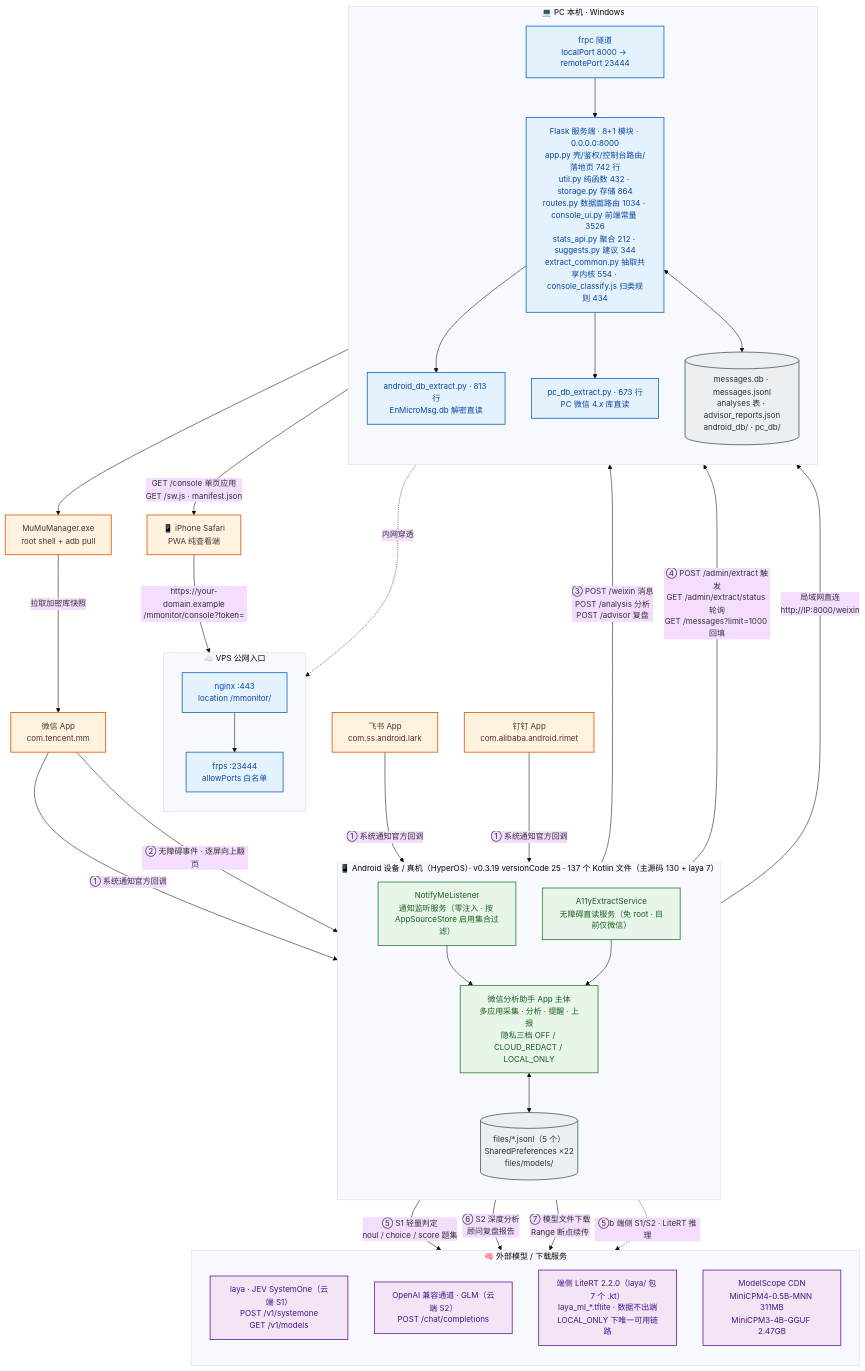
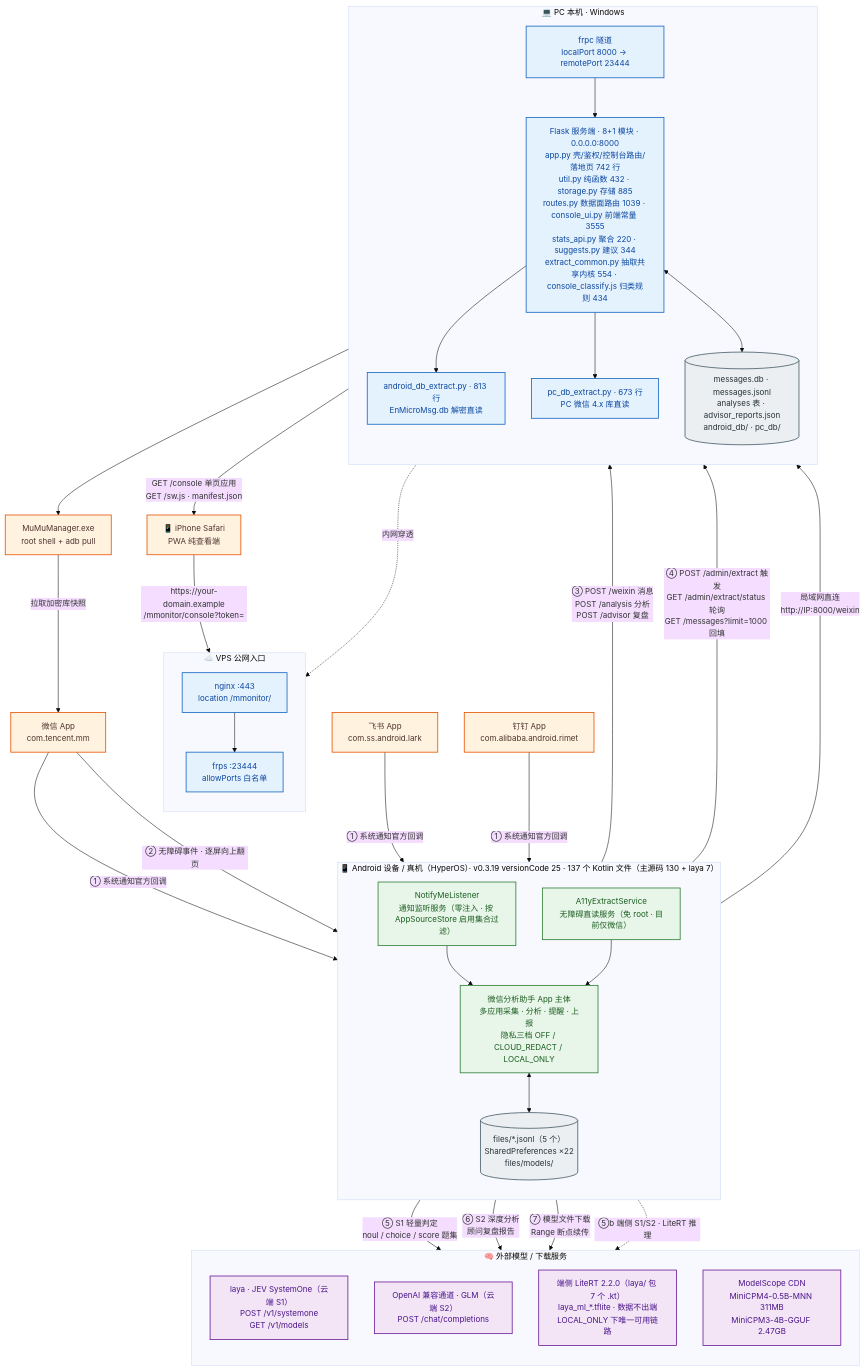
One commit to solidjoker/notifyme changed the diagram in docs/architecture/diagrams/01-system-context.mmd. Above: the diagram before and after it, drawn with Mermaid. The commit also changed 18 other files, not shown here.

```diff
--- a/docs/architecture/diagrams/01-system-context.mmd
+++ b/docs/architecture/diagrams/01-system-context.mmd
@@ -1,70 +1,70 @@
 %%{init: {'theme':'base','themeVariables':{'fontSize':'15px','fontFamily':'Microsoft YaHei, PingFang SC, sans-serif'},'flowchart':{'htmlLabels':true,'curve':'basis'}}}%%
 flowchart TB
     classDef ext  fill:#fff3e0,stroke:#e65100,stroke-width:1.5px,color:#4e342e
     classDef app  fill:#e8f5e9,stroke:#2e7d32,stroke-width:1.5px,color:#1b5e20
     classDef srv  fill:#e3f2fd,stroke:#1565c0,stroke-width:1.5px,color:#0d47a1
     classDef llm  fill:#f3e5f5,stroke:#6a1b9a,stroke-width:1.5px,color:#4a148c
     classDef store fill:#eceff1,stroke:#455a64,stroke-width:1.5px,color:#263238
 
     WX["微信 App<br/>com.tencent.mm"]:::ext
     FS["飞书 App<br/>com.ss.android.lark"]:::ext
     DT["钉钉 App<br/>com.alibaba.android.rimet"]:::ext
 
     subgraph DEV["📱 Android 设备 / 真机（HyperOS）· v0.3.19 versionCode 25 · 137 个 Kotlin 文件（主源码 130 + laya 7）"]
         direction TB
         NL["NotifyMeListener<br/>通知监听服务（零注入 · 按 AppSourceStore 启用集合过滤）"]:::app
         A11Y["A11yExtractService<br/>无障碍直读服务（免 root · 目前仅微信）"]:::app
         CORE["微信分析助手 App 主体<br/>多应用采集 · 分析 · 提醒 · 上报<br/>隐私三档 OFF / CLOUD_REDACT / LOCAL_ONLY"]:::app
         STORE[("files/*.jsonl（5 个）<br/>SharedPreferences ×22<br/>files/models/")]:::store
         NL --> CORE
         A11Y --> CORE
         CORE <--> STORE
     end
 
     subgraph HOST["💻 PC 本机 · Windows"]
         direction TB
-        FLASK["Flask 服务端 · 8+1 模块 · 0.0.0.0:8000<br/>app.py 壳/鉴权/控制台路由/落地页 742 行<br/>util.py 纯函数 432 · storage.py 存储 864<br/>routes.py 数据面路由 1034 · console_ui.py 前端常量 3526<br/>stats_api.py 聚合 212 · suggests.py 建议 344<br/>extract_common.py 抽取共享内核 554 · console_classify.js 归类规则 434"]:::srv
+        FLASK["Flask 服务端 · 8+1 模块 · 0.0.0.0:8000<br/>app.py 壳/鉴权/控制台路由/落地页 742 行<br/>util.py 纯函数 432 · storage.py 存储 885<br/>routes.py 数据面路由 1039 · console_ui.py 前端常量 3555<br/>stats_api.py 聚合 220 · suggests.py 建议 344<br/>extract_common.py 抽取共享内核 554 · console_classify.js 归类规则 434"]:::srv
         ADBEX["android_db_extract.py · 813 行<br/>EnMicroMsg.db 解密直读"]:::srv
         PCEX["pc_db_extract.py · 673 行<br/>PC 微信 4.x 库直读"]:::srv
         DB[("messages.db · messages.jsonl<br/>analyses 表 · advisor_reports.json<br/>android_db/ · pc_db/")]:::store
         FRPC["frpc 隧道<br/>localPort 8000 → remotePort 23444"]:::srv
         FLASK --> ADBEX
         FLASK --> PCEX
         FLASK <--> DB
         FRPC --> FLASK
     end
 
     subgraph VPS["☁️ VPS 公网入口"]
         direction TB
         NGINX["nginx :443<br/>location /mmonitor/"]:::srv
         FRPS["frps :23444<br/>allowPorts 白名单"]:::srv
         NGINX --> FRPS
     end
 
     subgraph AI["🧠 外部模型 / 下载服务"]
         direction TB
         LAYA["laya · JEV SystemOne（云端 S1）<br/>POST /v1/systemone<br/>GET /v1/models"]:::llm
         GLM["OpenAI 兼容通道 · GLM（云端 S2）<br/>POST /chat/completions"]:::llm
         LITE["端侧 LiteRT 2.2.0（laya/ 包 7 个 .kt）<br/>laya_ml_*.tflite · 数据不出端<br/>LOCAL_ONLY 下唯一可用链路"]:::llm
         MS["ModelScope CDN<br/>MiniCPM4-0.5B-MNN 311MB<br/>MiniCPM3-4B-GGUF 2.47GB"]:::llm
     end
 
     MUMU["MuMuManager.exe<br/>root shell + adb pull"]:::ext
     IPHONE["📱 iPhone Safari<br/>PWA 纯查看端"]:::ext
 
     WX -->|"① 系统通知官方回调"| NL
     FS -->|"① 系统通知官方回调"| NL
     DT -->|"① 系统通知官方回调"| NL
     WX -->|"② 无障碍事件 · 逐屏向上翻页"| A11Y
     CORE -->|"③ POST /weixin 消息<br/>POST /analysis 分析<br/>POST /advisor 复盘"| FLASK
     CORE -->|"④ POST /admin/extract 触发<br/>GET /admin/extract/status 轮询<br/>GET /messages?limit=1000 回填"| FLASK
     CORE -->|"⑤ S1 轻量判定<br/>noul / choice / score 题集"| LAYA
     CORE -->|"⑥ S2 深度分析<br/>顾问复盘报告"| GLM
     CORE -->|"⑦ 模型文件下载<br/>Range 断点续传"| MS
     CORE -.->|"⑤b 端侧 S1/S2 · LiteRT 推理"| LITE
     ADBEX --> MUMU
     MUMU -->|"拉取加密库快照"| WX
     CORE -->|"局域网直连<br/>http://IP:8000/weixin"| FLASK
     FRPC -.->|"内网穿透"| FRPS
     IPHONE -->|"https://your-domain.example<br/>/mmonitor/console?token="| NGINX
     FLASK -->|"GET /console 单页应用<br/>GET /sw.js · manifest.json"| IPHONE
```
